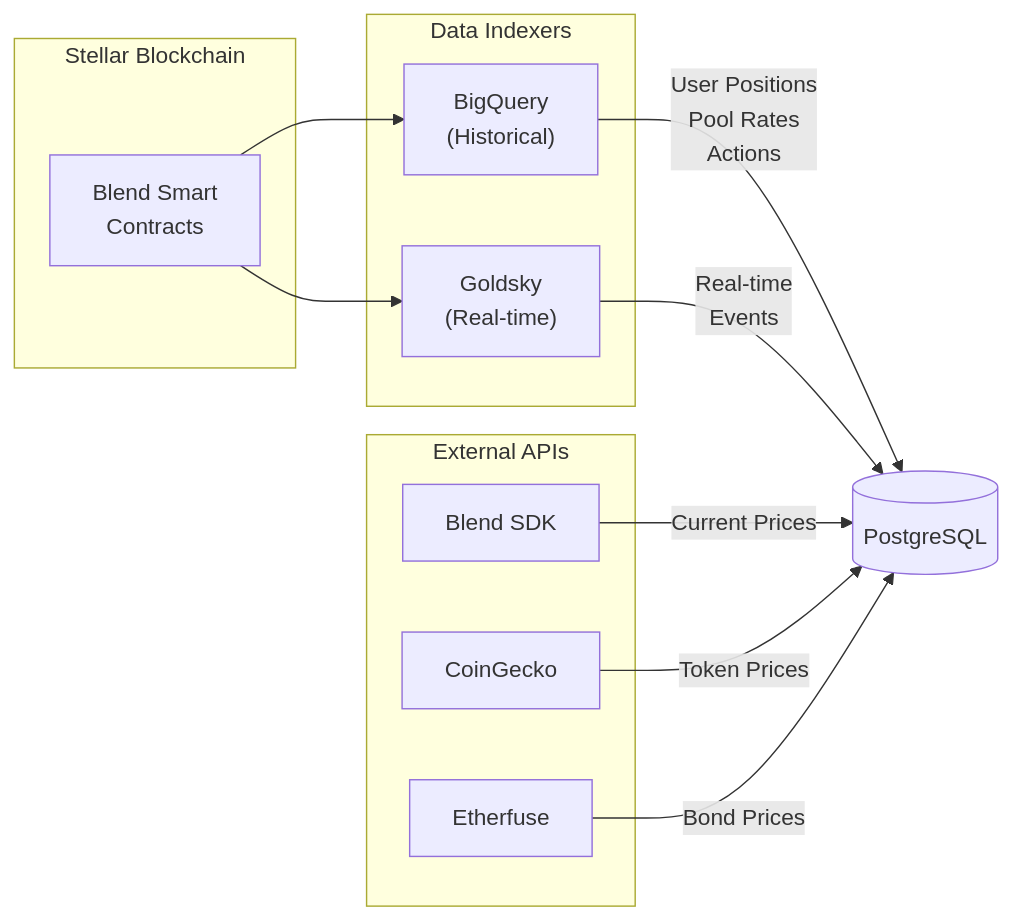
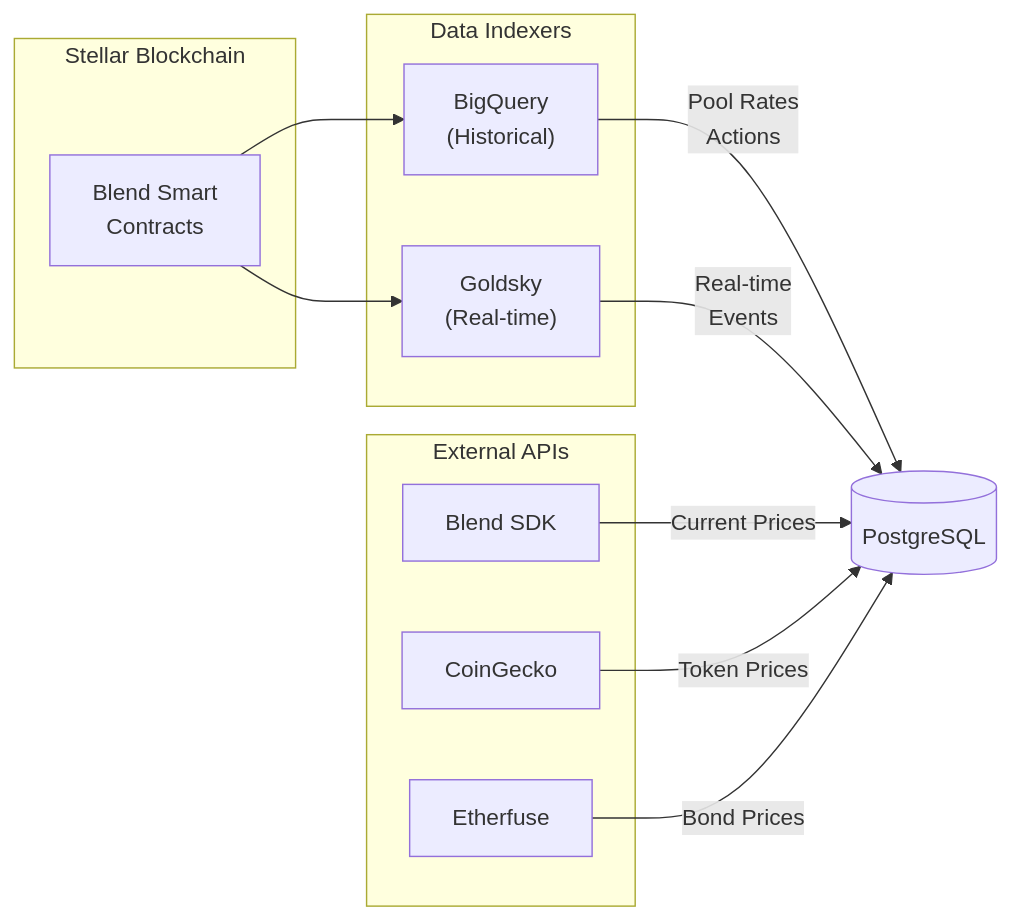
One commit to brunomlr/blend-indexer changed the second of 7 diagrams in README.md. Above: the diagram before and after it, drawn with Mermaid. The commit also changed other lines of this file, not shown here.

Commit message:
refactor: remove user positions references from documentation and diagrams

````diff
--- a/README.md
+++ b/README.md
@@ -164,26 +156,26 @@
 ```mermaid
 flowchart LR
     subgraph Blockchain["Stellar Blockchain"]
         SC["Blend Smart<br/>Contracts"]
     end
 
     subgraph Indexers["Data Indexers"]
         BQ["BigQuery<br/>(Historical)"]
         GS["Goldsky<br/>(Real-time)"]
     end
 
     subgraph External["External APIs"]
         SDK["Blend SDK"]
         CG["CoinGecko"]
         EF["Etherfuse"]
     end
 
     SC --> BQ
     SC --> GS
 
-    BQ --> |"User Positions<br/>Pool Rates<br/>Actions"| DB[("PostgreSQL")]
+    BQ --> |"Pool Rates<br/>Actions"| DB[("PostgreSQL")]
     GS --> |"Real-time<br/>Events"| DB
     SDK --> |"Current Prices"| DB
     CG --> |"Token Prices"| DB
     EF --> |"Bond Prices"| DB
 ```
````
